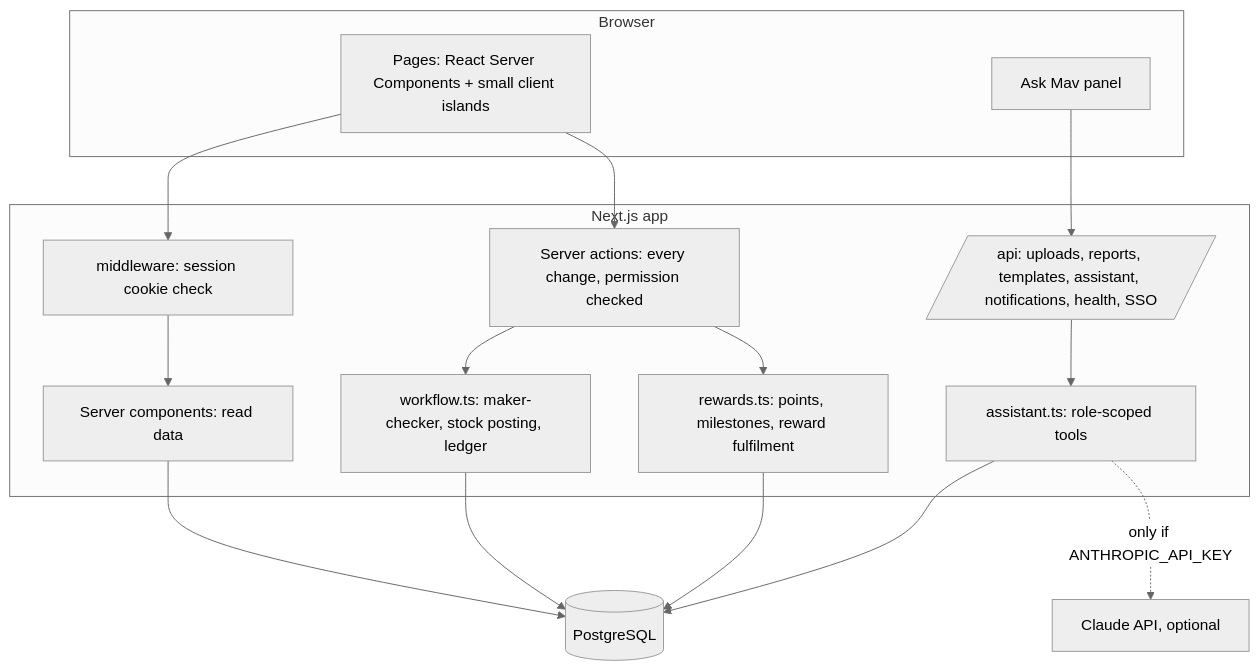
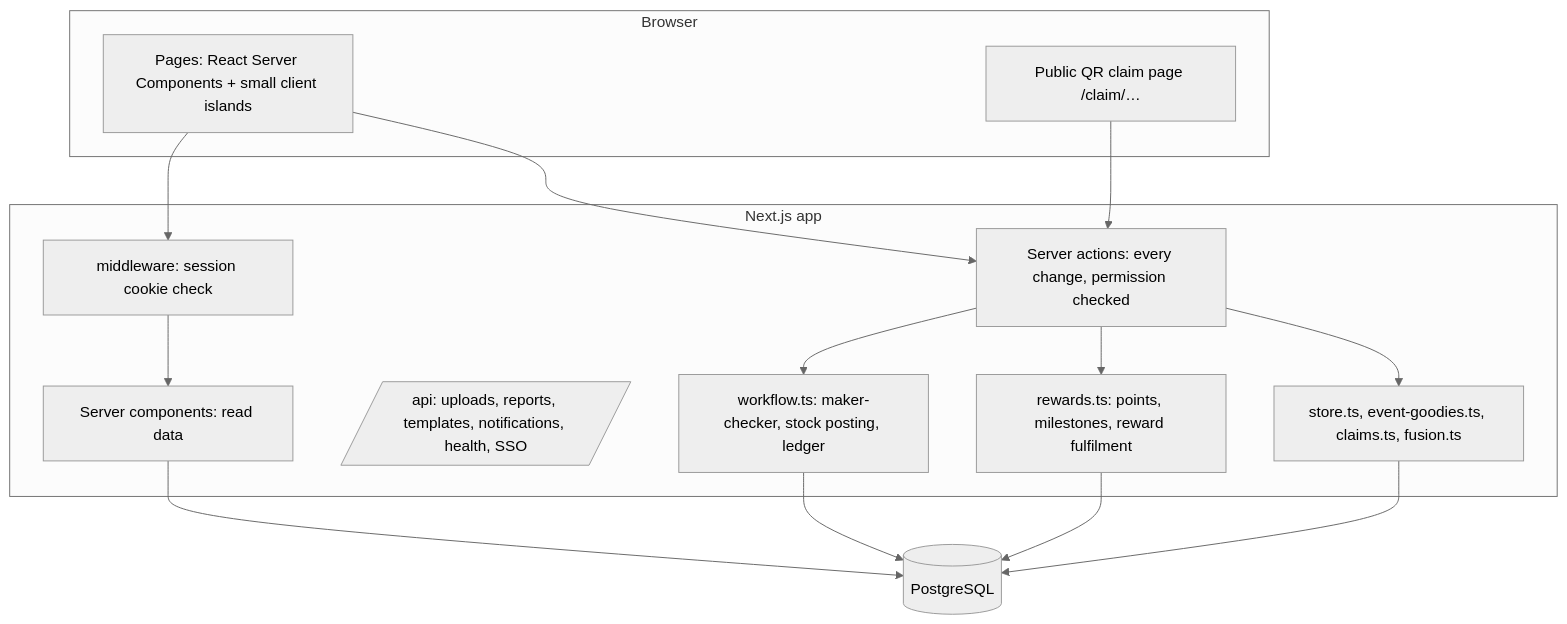
One commit to venkynani1/mavericks-inventory changed the third of 3 diagrams in docs/SETUP-AND-DEPLOYMENT.md. Above: the diagram before and after it, drawn with Mermaid (neutral theme). The commit also changed other lines of this file and 143 other files, not shown here.

First line of the commit message:
Major changes: pre-event vouchers, QR goodies desk, weekly Fusion report, product dashboard, lighter app

````diff
--- a/docs/SETUP-AND-DEPLOYMENT.md
+++ b/docs/SETUP-AND-DEPLOYMENT.md
@@ -1218,23 +1186,22 @@
 ```mermaid
 flowchart TB
   subgraph Browser
     UI[Pages: React Server Components + small client islands]
-    Mav[Ask Mav panel]
+    QR[Public QR claim page /claim/…]
   end
   subgraph App[Next.js app]
     MW[middleware: session cookie check]
     RSC[Server components: read data]
     SA[Server actions: every change, permission checked]
-    API[/api: uploads, reports, templates, assistant, notifications, health, SSO/]
+    API[/api: uploads, reports, templates, notifications, health, SSO/]
     WF[workflow.ts: maker-checker, stock posting, ledger]
     RW[rewards.ts: points, milestones, reward fulfilment]
-    AS[assistant.ts: role-scoped tools]
+    ST[store.ts, event-goodies.ts, claims.ts, fusion.ts]
   end
   DB[(PostgreSQL)]
-  LLM[Claude API, optional]
   UI --> MW --> RSC --> DB
   UI --> SA --> WF --> DB
   SA --> RW --> DB
-  Mav --> API --> AS --> DB
-  AS -. only if ANTHROPIC_API_KEY .-> LLM
+  SA --> ST --> DB
+  QR --> SA
 ```
````
